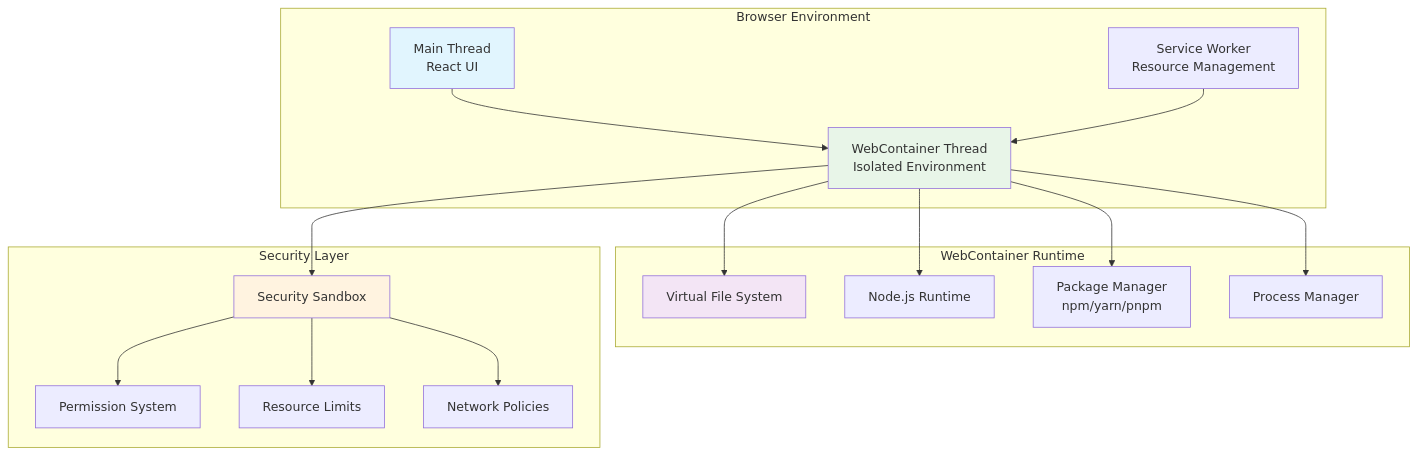
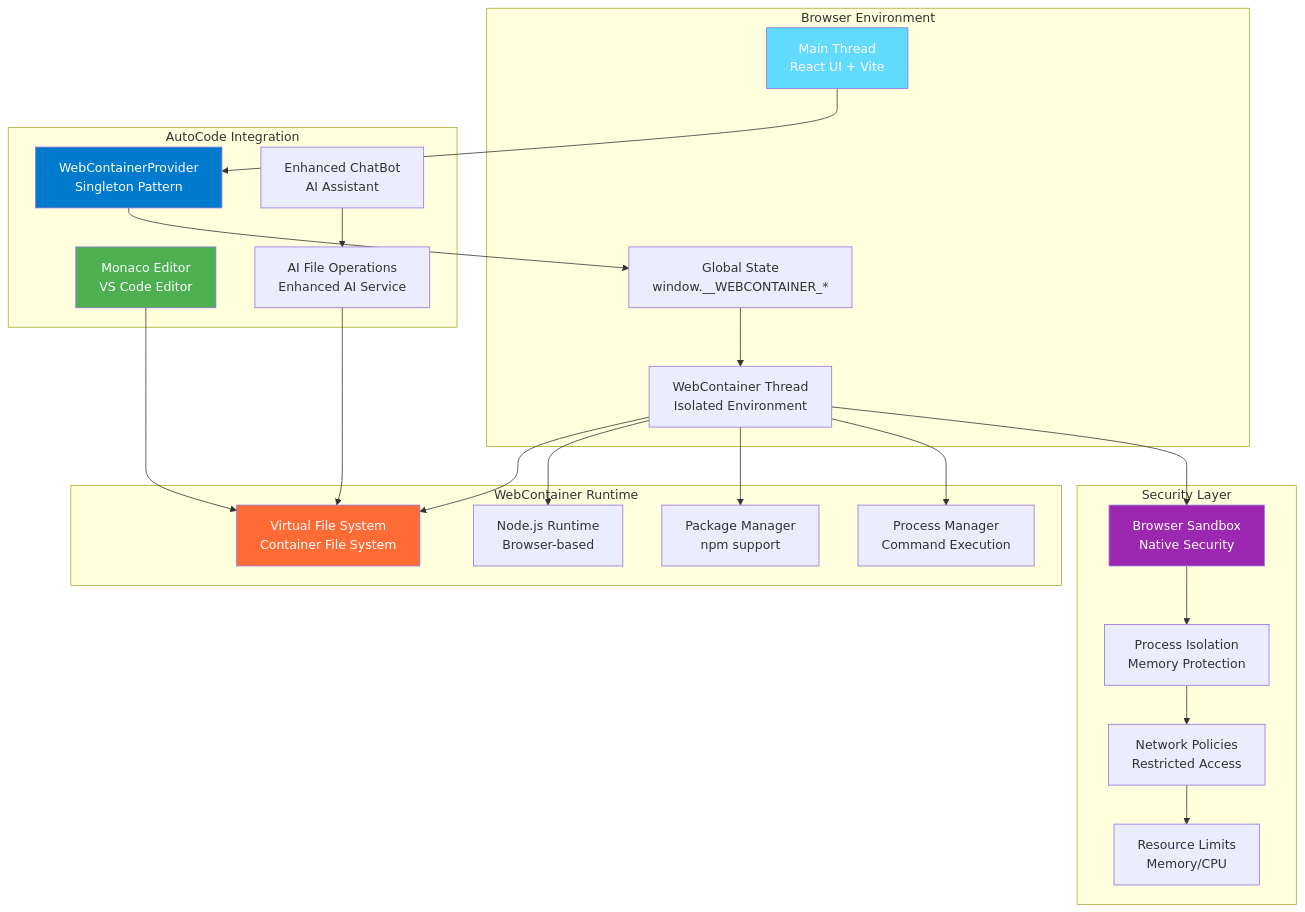
One commit to nishant-iith/autocode changed the first of 6 diagrams in markdown-docs/04-webcontainer-implementation.md. Above: the diagram before and after it, drawn with Mermaid. The commit also changed other lines of this file and 5 other files, not shown here.

````diff
--- a/markdown-docs/04-webcontainer-implementation.md
+++ b/markdown-docs/04-webcontainer-implementation.md
@@ -13,40 +13,53 @@
 ```mermaid
 graph TB
     subgraph "Browser Environment"
-        MainThread[Main Thread<br/>React UI]
+        MainThread[Main Thread<br/>React UI + Vite]
         WebContainerThread[WebContainer Thread<br/>Isolated Environment]
-        ServiceWorker[Service Worker<br/>Resource Management]
+        GlobalState[Global State<br/>window.__WEBCONTAINER_*]
+    end
+
+    subgraph "AutoCode Integration"
+        WebContainerProvider[WebContainerProvider<br/>Singleton Pattern]
+        MonacoEditor[Monaco Editor<br/>VS Code Editor]
+        FileOperations[AI File Operations<br/>Enhanced AI Service]
+        ChatBot[Enhanced ChatBot<br/>AI Assistant]
     end
 
     subgraph "WebContainer Runtime"
-        FileSystem[Virtual File System]
-        NodeRuntime[Node.js Runtime]
-        PackageManager[Package Manager<br/>npm/yarn/pnpm]
-        ProcessManager[Process Manager]
+        VirtualFS[Virtual File System<br/>Container File System]
+        NodeRuntime[Node.js Runtime<br/>Browser-based]
+        PackageManagement[Package Manager<br/>npm support]
+        ProcessExecution[Process Manager<br/>Command Execution]
     end
 
     subgraph "Security Layer"
-        Sandbox[Security Sandbox]
-        Permissions[Permission System]
-        ResourceLimits[Resource Limits]
-        NetworkPolicies[Network Policies]
+        BrowserSandbox[Browser Sandbox<br/>Native Security]
+        ProcessIsolation[Process Isolation<br/>Memory Protection]
+        NetworkLimits[Network Policies<br/>Restricted Access]
+        ResourceConstraints[Resource Limits<br/>Memory/CPU]
     end
 
-    MainThread --> WebContainerThread
-    WebContainerThread --> FileSystem
+    MainThread --> WebContainerProvider
+    WebContainerProvider --> GlobalState
+    GlobalState --> WebContainerThread
+
+    WebContainerThread --> VirtualFS
     WebContainerThread --> NodeRuntime
-    WebContainerThread --> PackageManager
-    WebContainerThread --> ProcessManager
+    WebContainerThread --> PackageManagement
+    WebContainerThread --> ProcessExecution
 
-    WebContainerThread --> Sandbox
-    Sandbox --> Permissions
-    Sandbox --> ResourceLimits
-    Sandbox --> NetworkPolicies
+    MonacoEditor --> VirtualFS
+    FileOperations --> VirtualFS
+    ChatBot --> FileOperations
 
-    ServiceWorker --> WebContainerThread
+    WebContainerThread --> BrowserSandbox
+    BrowserSandbox --> ProcessIsolation
+    ProcessIsolation --> NetworkLimits
+    NetworkLimits --> ResourceConstraints
 
-    style MainThread fill:#e1f5fe
-    style WebContainerThread fill:#e8f5e8
-    style Sandbox fill:#fff3e0
-    style FileSystem fill:#f3e5f5
+    style MainThread fill:#61DAFB,color:#fff
+    style WebContainerProvider fill:#007ACC,color:#fff
+    style MonacoEditor fill:#4CAF50,color:#fff
+    style VirtualFS fill:#FF6B35,color:#fff
+    style BrowserSandbox fill:#9C27B0,color:#fff
 ```
````
